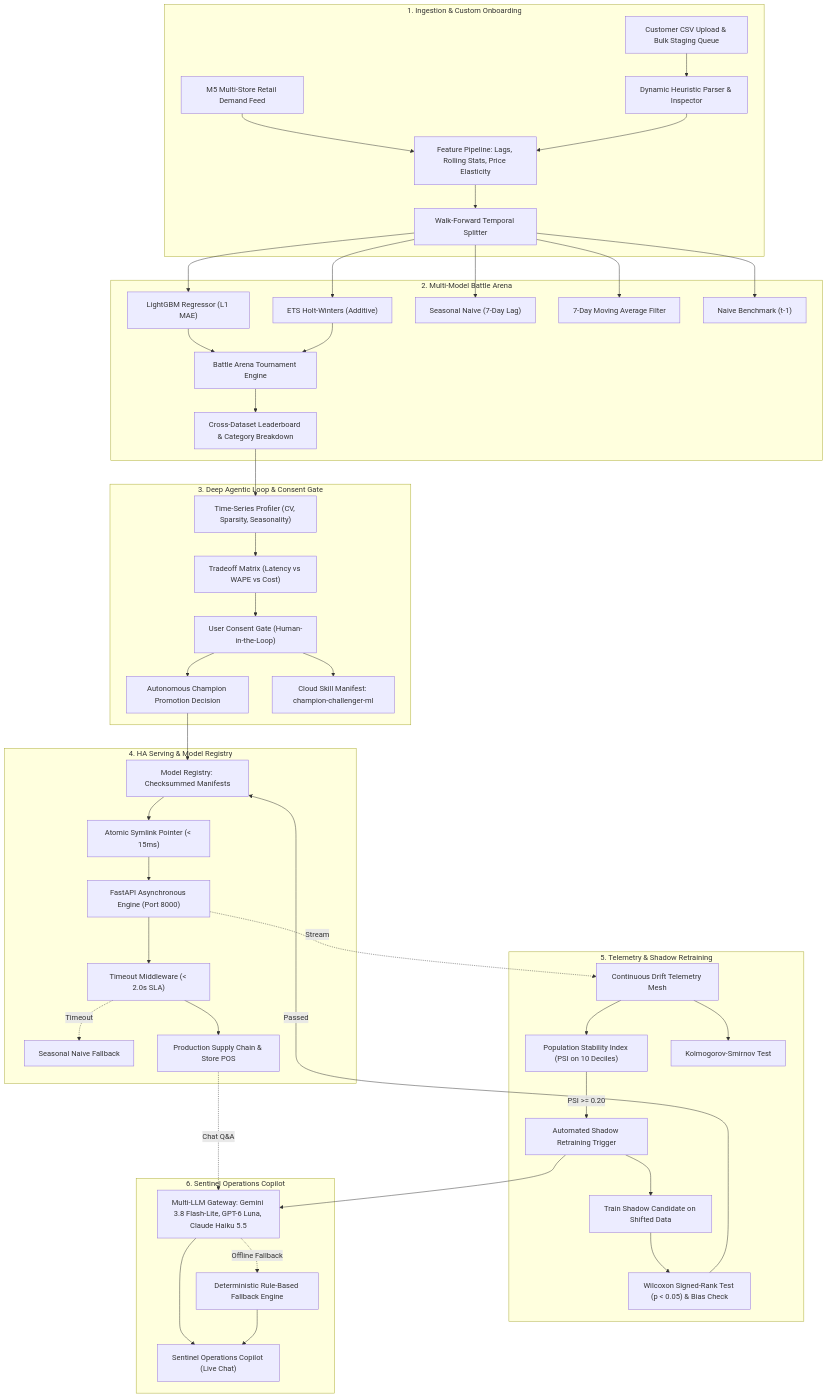
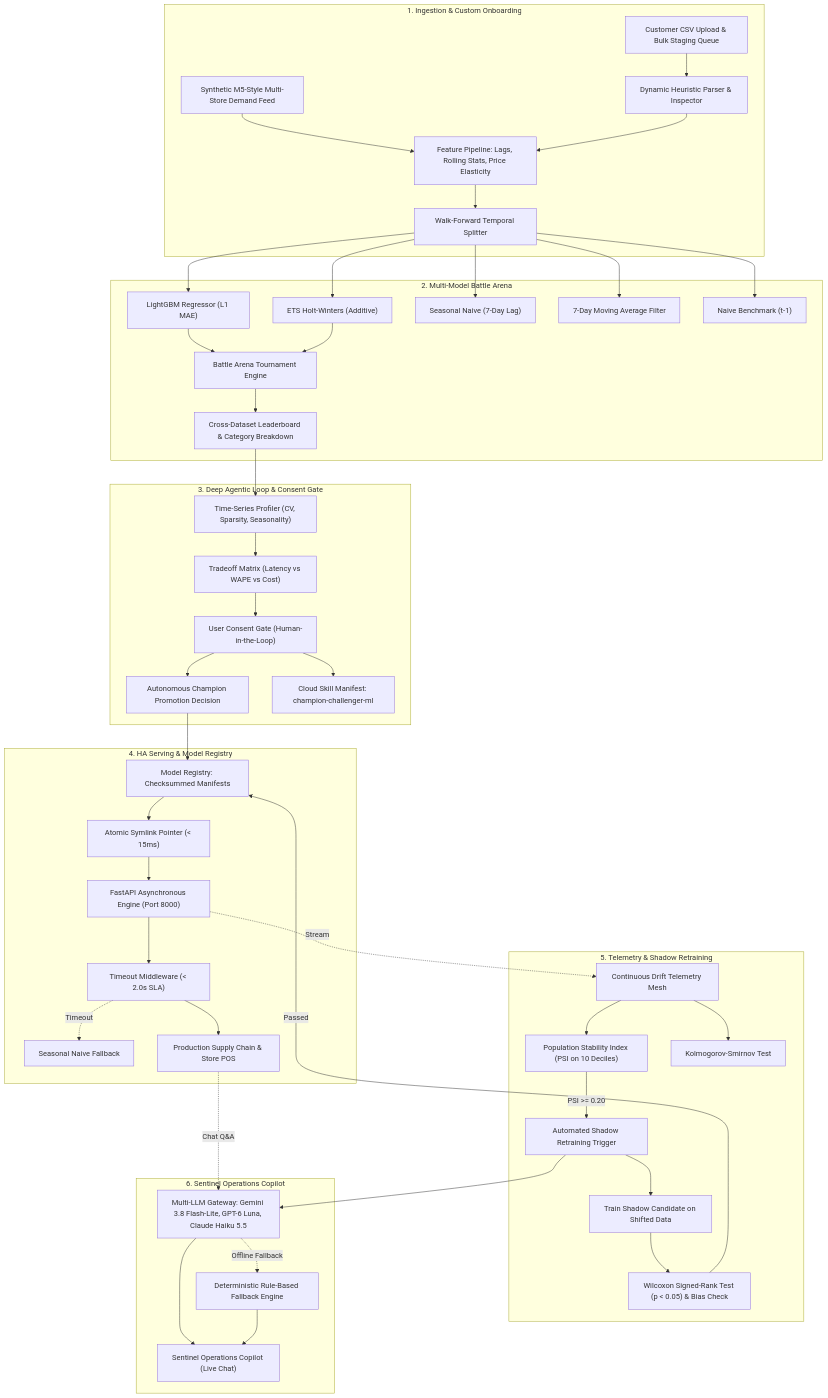
Before and after one commit to a1nn1997/autonomous_mlops_battlefield_platform: the diagram in README.md, drawn with Mermaid. The commit also changed other lines of this file and 28 other files, not shown here.

````diff
--- a/README.md
+++ b/README.md
@@ -43,56 +43,56 @@
 ```mermaid
 flowchart TD
     subgraph Ingestion["1. Ingestion & Custom Onboarding"]
-        DataFeed["M5 Multi-Store Retail Demand Feed"] --> Feat["Feature Pipeline: Lags, Rolling Stats, Price Elasticity"]
+        DataFeed["Synthetic M5-Style Multi-Store Demand Feed"] --> Feat["Feature Pipeline: Lags, Rolling Stats, Price Elasticity"]
         UserCSV["Customer CSV Upload & Bulk Staging Queue"] --> Heuristic["Dynamic Heuristic Parser & Inspector"]
         Heuristic --> Feat
         Feat --> Split["Walk-Forward Temporal Splitter"]
     end
 
     subgraph Tournament["2. Multi-Model Battle Arena"]
         Split --> LGBM["LightGBM Regressor (L1 MAE)"]
         Split --> ETS["ETS Holt-Winters (Additive)"]
         Split --> SNaive["Seasonal Naive (7-Day Lag)"]
         Split --> MovAvg["7-Day Moving Average Filter"]
         Split --> Naive["Naive Benchmark (t-1)"]
         
         LGBM --> BattleMesh["Battle Arena Tournament Engine"]
         ETS --> BattleMesh
         BattleMesh --> Leaderboard["Cross-Dataset Leaderboard & Category Breakdown"]
     end
 
     subgraph AgenticLoop["3. Deep Agentic Loop & Consent Gate"]
         Leaderboard --> Profiler["Time-Series Profiler (CV, Sparsity, Seasonality)"]
         Profiler --> Tradeoffs["Tradeoff Matrix (Latency vs WAPE vs Cost)"]
         Tradeoffs --> Consent["User Consent Gate (Human-in-the-Loop)"]
         Consent --> PromoDecision["Autonomous Champion Promotion Decision"]
         Consent --> CloudSkill["Cloud Skill Manifest: champion-challenger-ml"]
     end
 
     subgraph Serving["4. HA Serving & Model Registry"]
         PromoDecision --> Registry["Model Registry: Checksummed Manifests"]
         Registry --> ChampionSymlink["Atomic Symlink Pointer (< 15ms)"]
         ChampionSymlink --> FastAPI["FastAPI Asynchronous Engine (Port 8000)"]
         FastAPI --> CircuitBreaker["Timeout Middleware (< 2.0s SLA)"]
         CircuitBreaker -.->|"Timeout"| DeterministicFallback["Seasonal Naive Fallback"]
         CircuitBreaker --> LiveServing["Production Supply Chain & Store POS"]
     end
 
     subgraph Monitoring["5. Telemetry & Shadow Retraining"]
         FastAPI -.->|"Stream"| Telemetry["Continuous Drift Telemetry Mesh"]
         Telemetry --> PSI["Population Stability Index (PSI on 10 Deciles)"]
         Telemetry --> KS["Kolmogorov-Smirnov Test"]
         PSI -->|"PSI >= 0.20"| RetrainTrigger["Automated Shadow Retraining Trigger"]
         RetrainTrigger --> ShadowTrain["Train Shadow Candidate on Shifted Data"]
         ShadowTrain --> WilcoxonGate["Wilcoxon Signed-Rank Test (p < 0.05) & Bias Check"]
         WilcoxonGate -->|"Passed"| Registry
     end
 
     subgraph Copilot["6. Sentinel Operations Copilot"]
         RetrainTrigger --> LLMGateway["Multi-LLM Gateway: Gemini 3.8 Flash-Lite, GPT-6 Luna, Claude Haiku 5.5"]
         LiveServing -.->|"Chat Q&A"| LLMGateway
         LLMGateway --> SentinelChat["Sentinel Operations Copilot (Live Chat)"]
         LLMGateway -.->|"Offline Fallback"| RuleEngine["Deterministic Rule-Based Fallback Engine"]
         RuleEngine --> SentinelChat
     end
 ```
````
